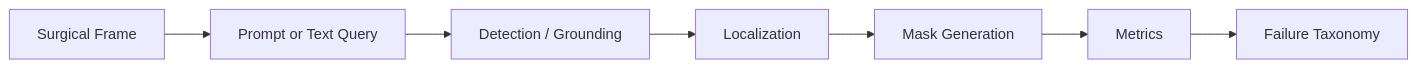
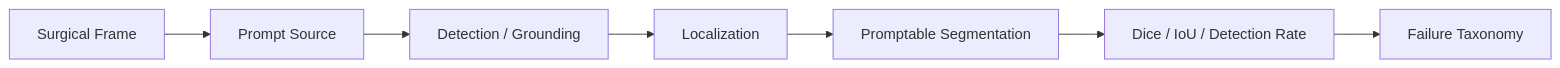
The diagram in README.md (AjaySreekumar47/vlm-research), drawn with Mermaid before and after one commit. The commit also changed other lines of this file, not shown here.

````diff
--- a/README.md
+++ b/README.md
@@ -66,9 +73,9 @@
 ```mermaid
 flowchart LR
-    A[Surgical Frame] --> B[Prompt or Text Query]
+    A[Surgical Frame] --> B[Prompt Source]
     B --> C[Detection / Grounding]
     C --> D[Localization]
-    D --> E[Mask Generation]
-    E --> F[Metrics]
+    D --> E[Promptable Segmentation]
+    E --> F[Dice / IoU / Detection Rate]
     F --> G[Failure Taxonomy]
 ```
````
